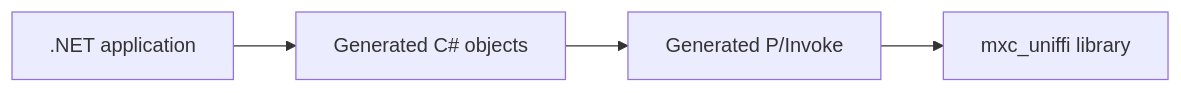
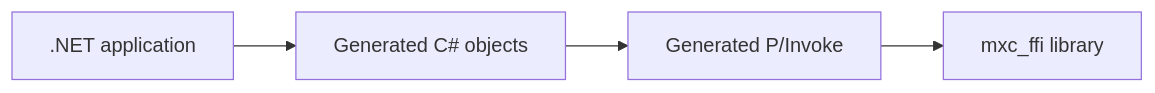
Before and after one commit to microsoft/mxc: the second of 3 diagrams in docs/designs/SDK/node-dotnet-sdk-generation.md, drawn with Mermaid. The commit also changed other lines of this file and 3 other files, not shown here.

First line of the commit message:
Align SDK unification design with single FFI library

````diff
--- a/docs/designs/SDK/node-dotnet-sdk-generation.md
+++ b/docs/designs/SDK/node-dotnet-sdk-generation.md
@@ -30,6 +30,6 @@
 ```mermaid
 flowchart LR
     A[.NET application] --> C[Generated C# objects]
     C --> P[Generated P/Invoke]
-    P --> L[mxc_uniffi library]
+    P --> L[mxc_ffi library]
 ```
````
